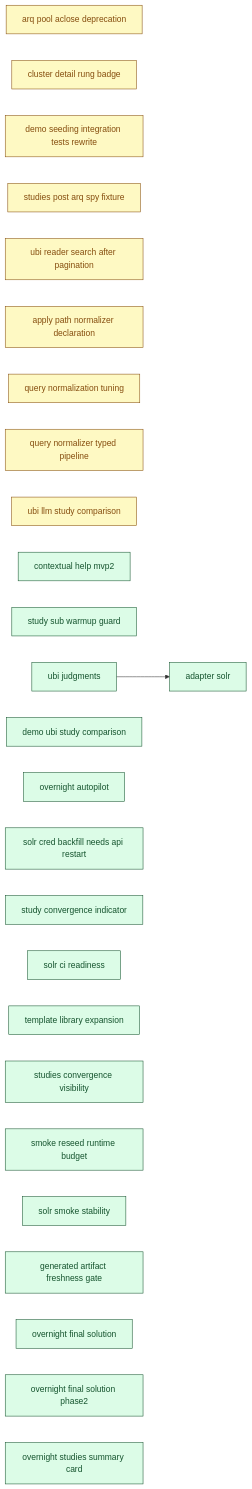
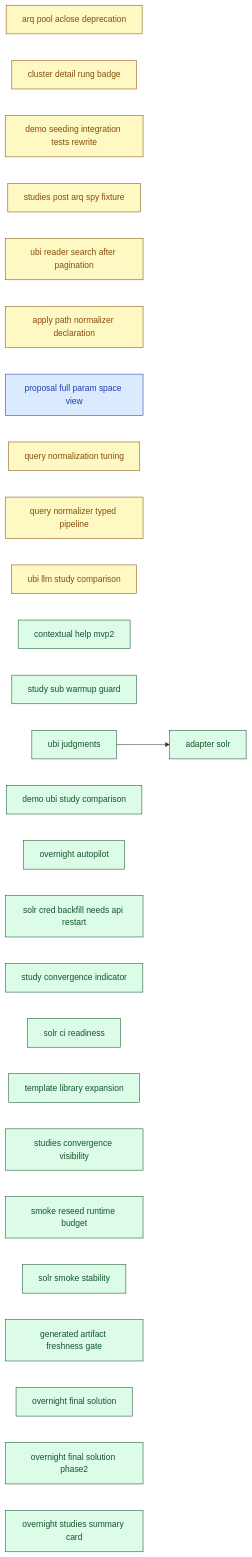
Before and after one commit to SoundMindsAI/relyloop: the diagram in docs/00_overview/MVP2_DASHBOARD.md, drawn with Mermaid. The commit also changed other lines of this file and 5 other files, not shown here.

First line of the commit message:
docs(spec): feat_proposal_full_param_space_view — three-state full-param-space panel on proposals

````diff
--- a/docs/00_overview/MVP2_DASHBOARD.md
+++ b/docs/00_overview/MVP2_DASHBOARD.md
@@ -114,61 +115,63 @@
 ```mermaid
 graph LR
   classDef done fill:#dcfce7,stroke:#14532d,color:#14532d;
   classDef implement fill:#ffedd5,stroke:#9a3412,color:#9a3412;
   classDef plan fill:#fef9c3,stroke:#854d0e,color:#854d0e;
   classDef spec fill:#dbeafe,stroke:#1e40af,color:#1e40af;
   classDef idea fill:#f1f5f9,stroke:#334155,color:#334155;
   chore_arq_pool_aclose_deprecation["arq pool aclose deprecation"]
   class chore_arq_pool_aclose_deprecation plan;
   chore_cluster_detail_rung_badge["cluster detail rung badge"]
   class chore_cluster_detail_rung_badge plan;
   chore_demo_seeding_integration_tests_rewrite["demo seeding integration tests rewrite"]
   class chore_demo_seeding_integration_tests_rewrite plan;
   chore_studies_post_arq_spy_fixture["studies post arq spy fixture"]
   class chore_studies_post_arq_spy_fixture plan;
   chore_ubi_reader_search_after_pagination["ubi reader search after pagination"]
   class chore_ubi_reader_search_after_pagination plan;
   feat_apply_path_normalizer_declaration["apply path normalizer declaration"]
   class feat_apply_path_normalizer_declaration plan;
+  feat_proposal_full_param_space_view["proposal full param space view"]
+  class feat_proposal_full_param_space_view spec;
   feat_query_normalization_tuning["query normalization tuning"]
   class feat_query_normalization_tuning plan;
   feat_query_normalizer_typed_pipeline["query normalizer typed pipeline"]
   class feat_query_normalizer_typed_pipeline plan;
   feat_ubi_llm_study_comparison["ubi llm study comparison"]
   class feat_ubi_llm_study_comparison plan;
   feat_contextual_help_mvp2["contextual help mvp2"]
   class feat_contextual_help_mvp2 done;
   feat_study_sub_warmup_guard["study sub warmup guard"]
   class feat_study_sub_warmup_guard done;
   feat_ubi_judgments["ubi judgments"]
   class feat_ubi_judgments done;
   feat_demo_ubi_study_comparison["demo ubi study comparison"]
   class feat_demo_ubi_study_comparison done;
   feat_overnight_autopilot["overnight autopilot"]
   class feat_overnight_autopilot done;
   infra_adapter_solr["adapter solr"]
   class infra_adapter_solr done;
   chore_solr_cred_backfill_needs_api_restart["solr cred backfill needs api restart"]
   class chore_solr_cred_backfill_needs_api_restart done;
   feat_study_convergence_indicator["study convergence indicator"]
   class feat_study_convergence_indicator done;
   infra_solr_ci_readiness["solr ci readiness"]
   class infra_solr_ci_readiness done;
   chore_template_library_expansion["template library expansion"]
   class chore_template_library_expansion done;
   feat_studies_convergence_visibility["studies convergence visibility"]
   class feat_studies_convergence_visibility done;
   infra_smoke_reseed_runtime_budget["smoke reseed runtime budget"]
   class infra_smoke_reseed_runtime_budget done;
   infra_solr_smoke_stability["solr smoke stability"]
   class infra_solr_smoke_stability done;
   infra_generated_artifact_freshness_gate["generated artifact freshness gate"]
   class infra_generated_artifact_freshness_gate done;
   feat_overnight_final_solution["overnight final solution"]
   class feat_overnight_final_solution done;
   feat_overnight_final_solution_phase2["overnight final solution phase2"]
   class feat_overnight_final_solution_phase2 done;
   feat_overnight_studies_summary_card["overnight studies summary card"]
   class feat_overnight_studies_summary_card done;
   feat_ubi_judgments --> infra_adapter_solr
 ```
````
